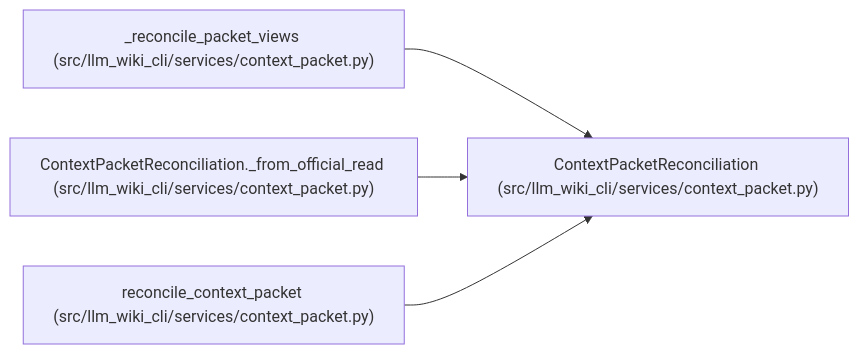
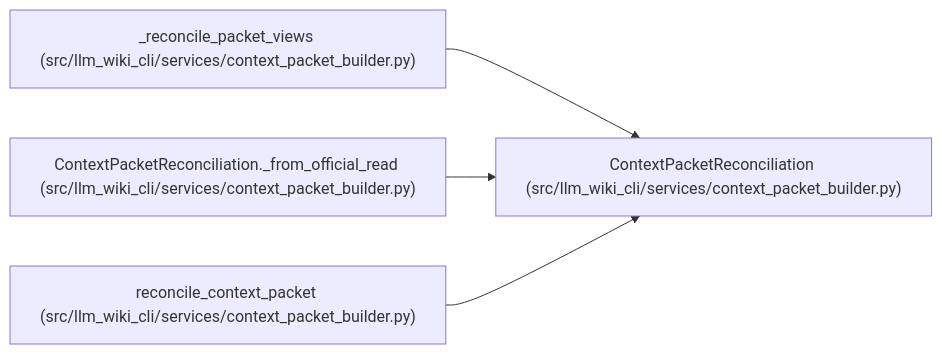
The diagram in docs/llm_wiki/entities/ContextPacketReconciliation.md (Denissvgn/python-wiki-llm), drawn with Mermaid before and after one commit. The commit also changed other lines of this file and 1555 other files, not shown here.

````diff
--- a/docs/llm_wiki/entities/ContextPacketReconciliation.md
+++ b/docs/llm_wiki/entities/ContextPacketReconciliation.md
@@ -36,14 +36,14 @@
 ```mermaid
 flowchart LR
-    n0["ContextPacketReconciliation (src/llm_wiki_cli/services/context_packet.py)"]
-    n1["_reconcile_packet_views (src/llm_wiki_cli/services/context_packet.py)"]
-    n2["ContextPacketReconciliation._from_official_read (src/llm_wiki_cli/services/context_packet.py)"]
-    n3["reconcile_context_packet (src/llm_wiki_cli/services/context_packet.py)"]
+    n0["ContextPacketReconciliation (src/llm_wiki_cli/services/context_packet_builder.py)"]
+    n1["_reconcile_packet_views (src/llm_wiki_cli/services/context_packet_builder.py)"]
+    n2["ContextPacketReconciliation._from_official_read (src/llm_wiki_cli/services/context_packet_builder.py)"]
+    n3["reconcile_context_packet (src/llm_wiki_cli/services/context_packet_builder.py)"]
     n1 --> n0
     n2 --> n0
     n3 --> n0
-    click n0 "../modules/context_packet.md"
-    click n1 "../modules/context_packet.md"
-    click n2 "../modules/context_packet.md"
-    click n3 "../modules/context_packet.md"
+    click n0 "../modules/context_packet_builder.md"
+    click n1 "../modules/context_packet_builder.md"
+    click n2 "../modules/context_packet_builder.md"
+    click n3 "../modules/context_packet_builder.md"
 ```
````
